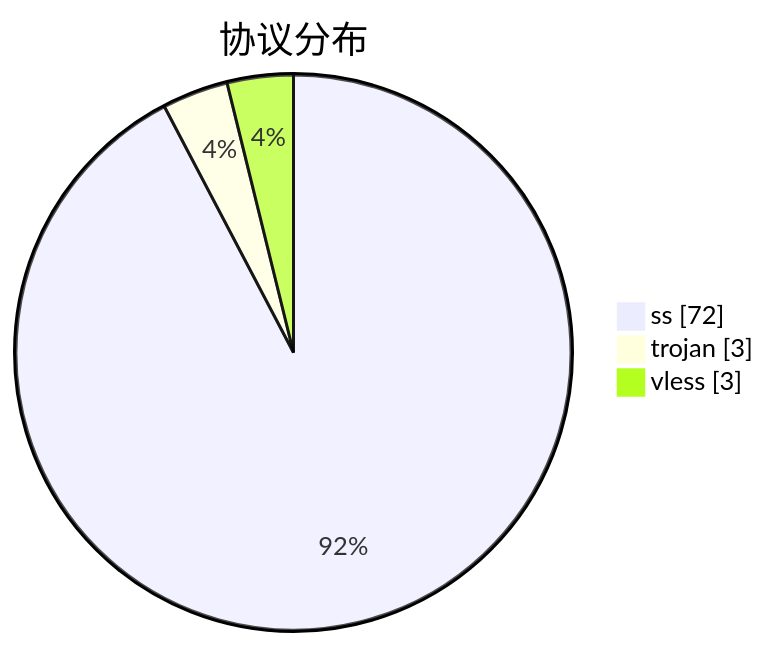
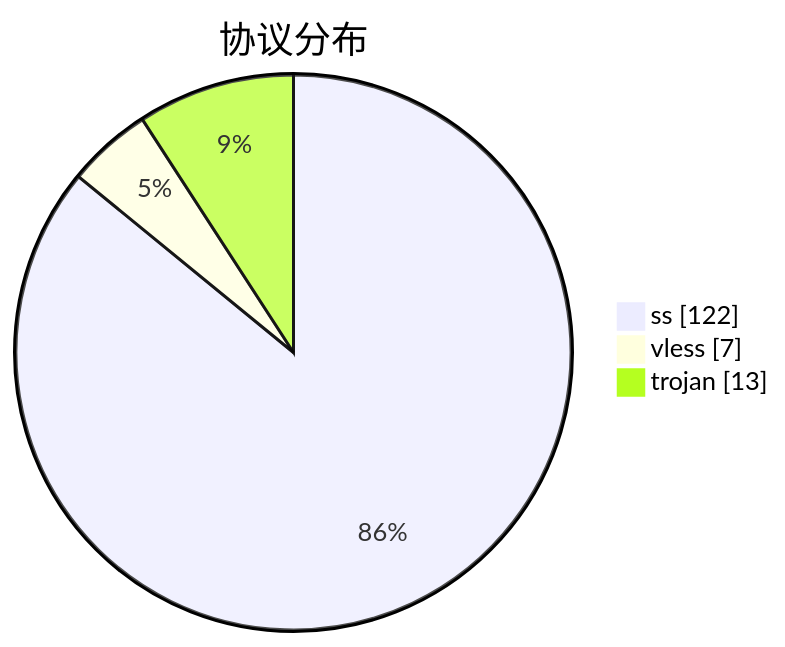
The third of 3 diagrams in subs/statistics/tested_within.md (qjlxg/airport), drawn with Mermaid before and after one commit. The commit also changed other lines of this file and 2 other files, not shown here.

````diff
--- a/subs/statistics/tested_within.md
+++ b/subs/statistics/tested_within.md
@@ -23,7 +31,7 @@
 ```mermaid
 pie showData
 title 协议分布
-"ss" : 72
-"trojan" : 3
-"vless" : 3
+"ss" : 122
+"vless" : 7
+"trojan" : 13
 ```
````
